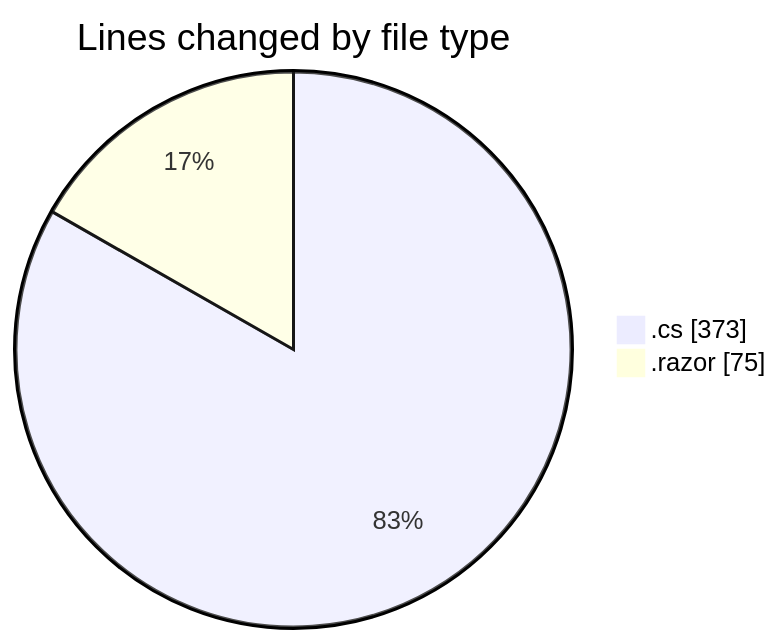
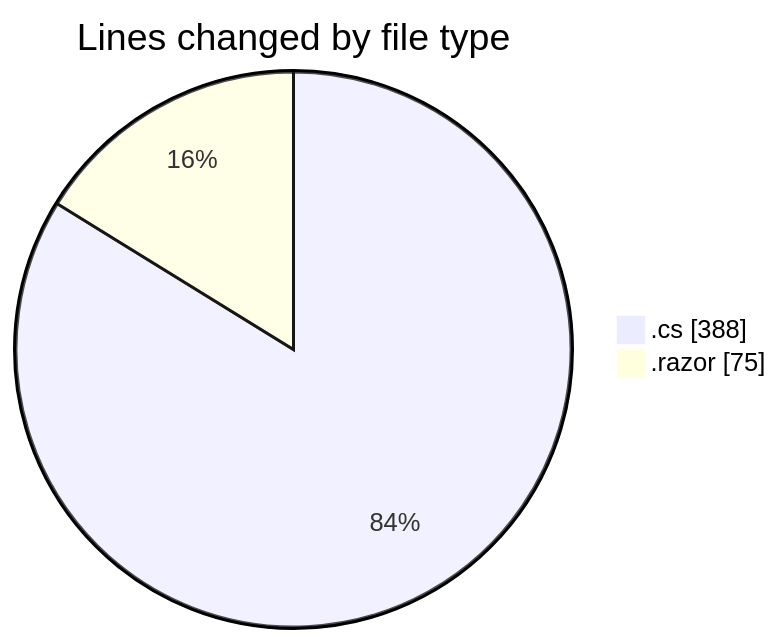
One commit to Netris89/code-tracking changed the first of 2 diagrams in 2025-03-30/front-end/README.md. Above: the diagram before and after it, drawn with Mermaid. The commit also changed other lines of this file and 1 other file, not shown here.

````diff
--- a/2025-03-30/front-end/README.md
+++ b/2025-03-30/front-end/README.md
@@ -25,6 +25,6 @@
 ```mermaid
 pie showData
 title Lines changed by file type
-".cs" : 373
+".cs" : 388
 ".razor" : 75
 ```
````
